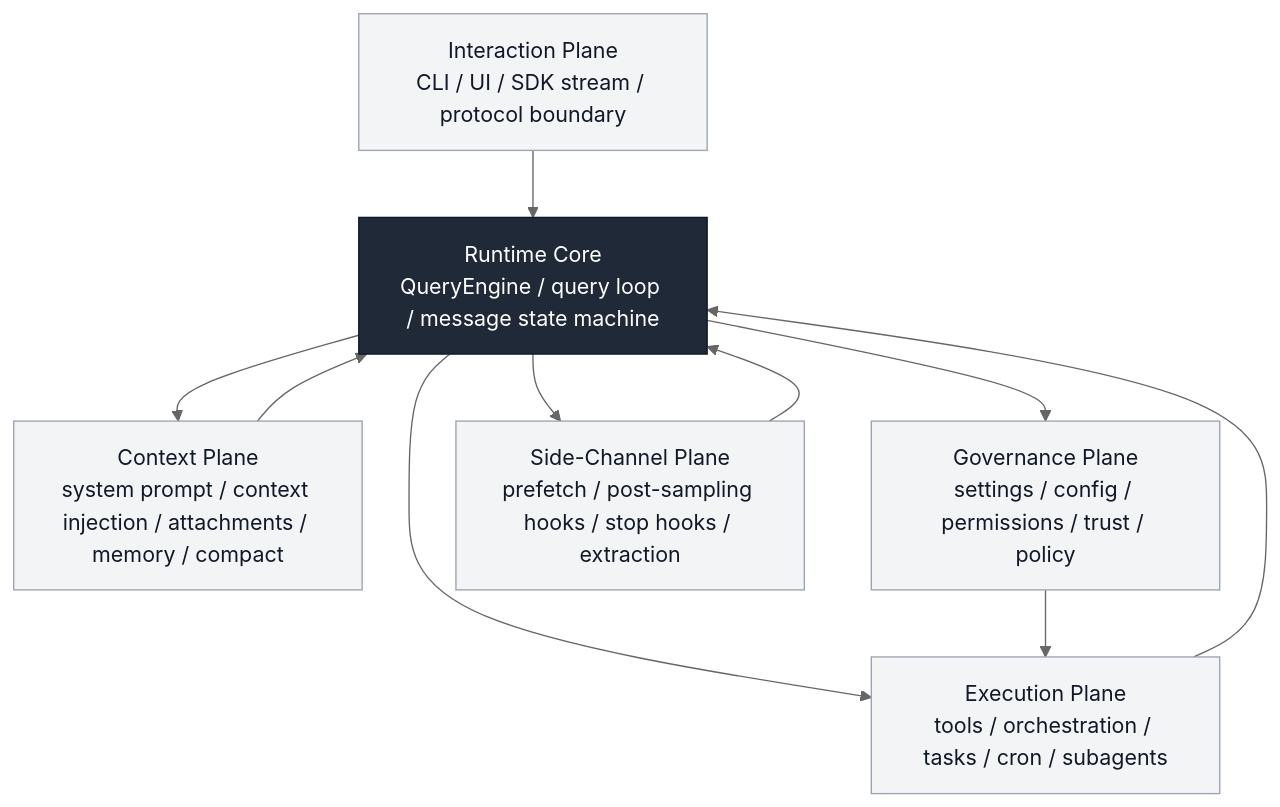
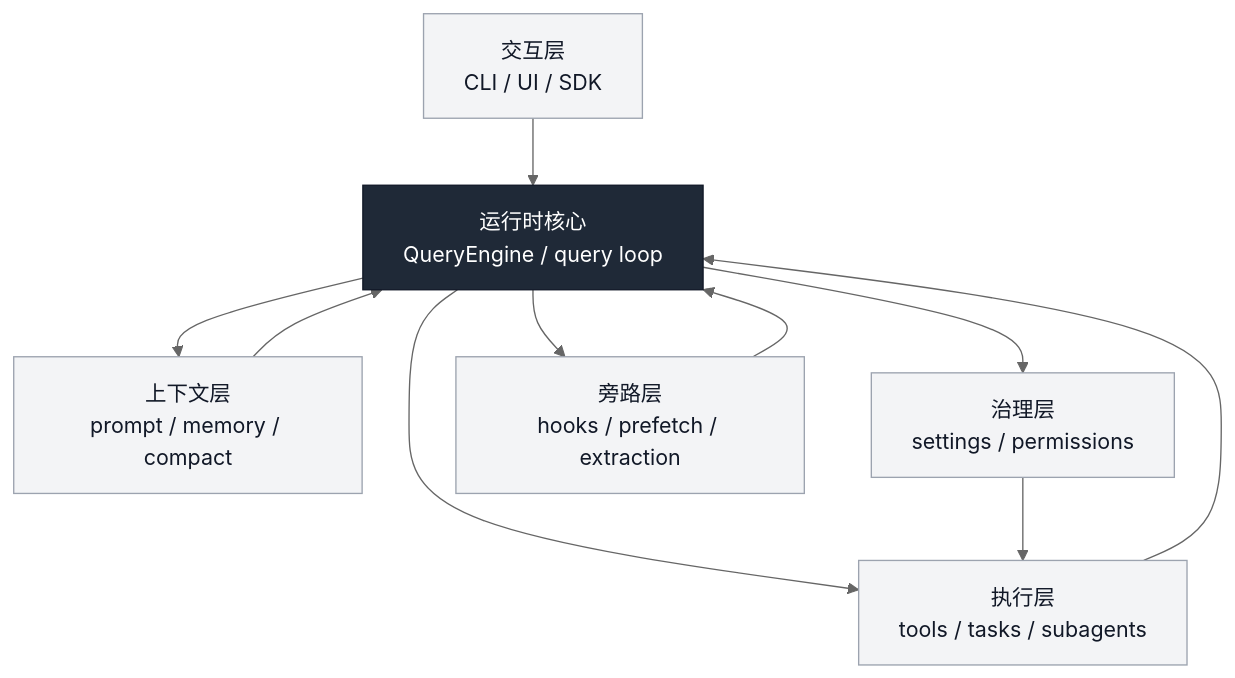
Before and after one commit to betaHi/betaHi.github.io: the diagram in claude-code-architecture/27-runtime-architecture-map.md, drawn with Mermaid (neutral theme). The commit also changed other lines of this file and 33 other files, not shown here.

Commit message:
Polish Claude Code architecture book titles and navigation.

````diff
--- a/claude-code-architecture/27-runtime-architecture-map.md
+++ b/claude-code-architecture/27-runtime-architecture-map.md
@@ -84,24 +82,24 @@
 ```mermaid
 flowchart TD
-    IP[Interaction Plane<br/>CLI / UI / SDK stream / protocol boundary]
-    RC[Runtime Core<br/>QueryEngine / query loop / message state machine]
-    EP[Execution Plane<br/>tools / orchestration / tasks / cron / subagents]
-    CP[Context Plane<br/>system prompt / context injection / attachments / memory / compact]
-    GP[Governance Plane<br/>settings / config / permissions / trust / policy]
-    SP[Side-Channel Plane<br/>prefetch / post-sampling hooks / stop hooks / extraction]
+    IP[交互层<br/>CLI / UI / SDK]
+    RC[运行时核心<br/>QueryEngine / query loop]
+    EP[执行层<br/>tools / tasks / subagents]
+    CP[上下文层<br/>prompt / memory / compact]
+    GP[治理层<br/>settings / permissions]
+    SP[旁路层<br/>hooks / prefetch / extraction]
 
     IP --> RC
     RC --> EP
     RC --> CP
     RC --> GP
     RC --> SP
     SP --> RC
     GP --> EP
     CP --> RC
     EP --> RC
 
     classDef core fill:#1f2937,stroke:#111827,color:#fff;
     classDef plane fill:#f3f4f6,stroke:#9ca3af,color:#111827;
     class RC core;
     class IP,EP,CP,GP,SP plane;
 ```
````
